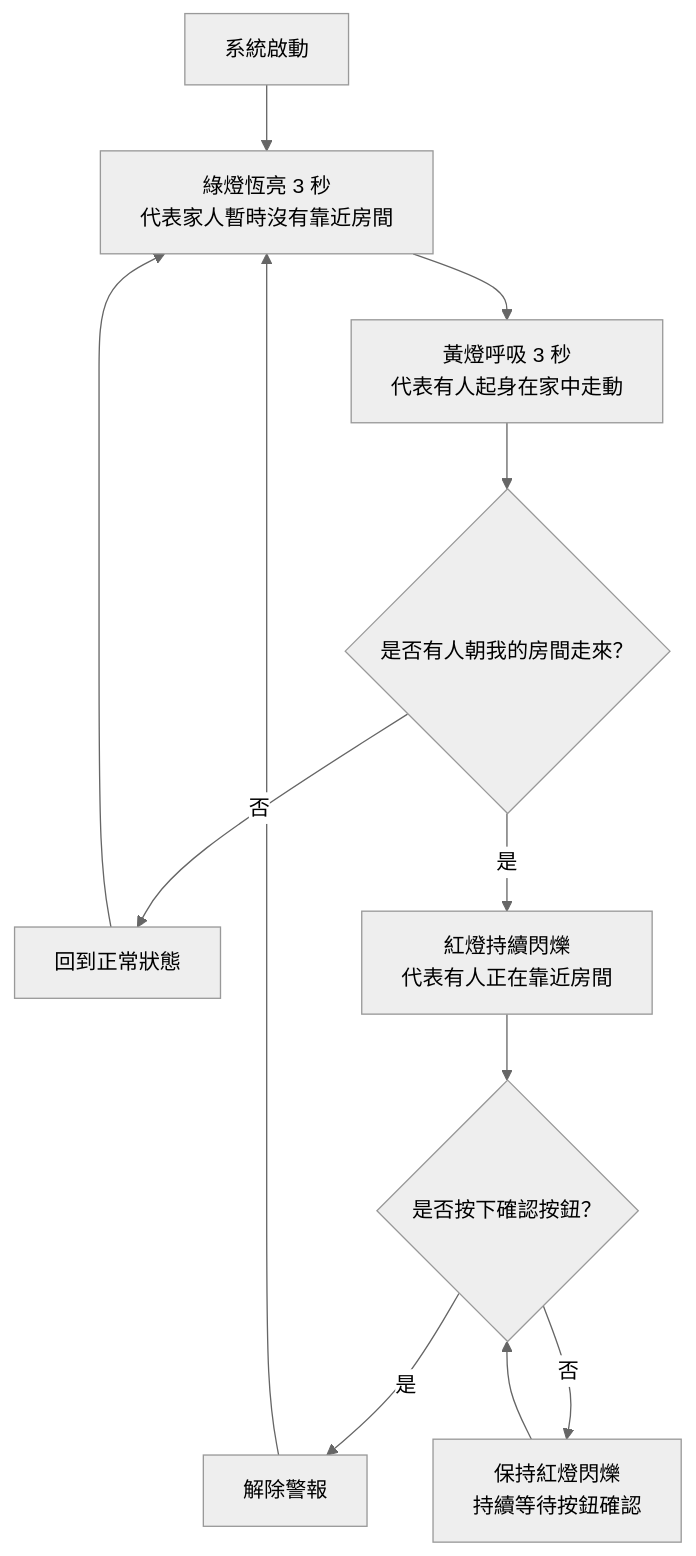
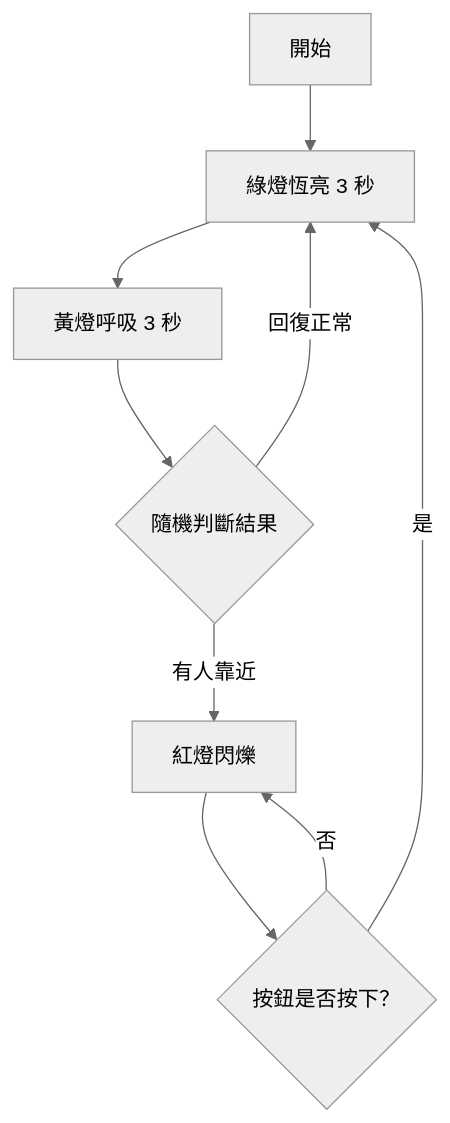
One commit to itsHao7916/STM32-LED-Smart-System-test changed the diagram in README.md. Above: the diagram before and after it, drawn with Mermaid (neutral theme).

````diff
--- a/README.md
+++ b/README.md
@@ -43,18 +43,13 @@
 ```mermaid
 flowchart TD
-    A[系統啟動] --> B[綠燈恆亮 3 秒<br/>代表家人暫時沒有靠近房間]
-    B --> C[黃燈呼吸 3 秒<br/>代表有人起身在家中走動]
-    C --> D{是否有人朝我的房間走來？}
+    A[開始] --> B[綠燈恆亮 3 秒]
+    B --> C[黃燈呼吸 3 秒]
+    C --> D{隨機判斷結果}
 
-    D -- 否 --> E[回到正常狀態]
-    E --> B
+    D -- 回復正常 --> B
+    D -- 有人靠近 --> E[紅燈閃爍]
 
-    D -- 是 --> F[紅燈持續閃爍<br/>代表有人正在靠近房間]
-    F --> G{是否按下確認按鈕？}
-
-    G -- 是 --> H[解除警報]
-    H --> B
-
-    G -- 否 --> I[保持紅燈閃爍<br/>持續等待按鈕確認]
-    I --> G
+    E --> F{按鈕是否按下？}
+    F -- 是 --> B
+    F -- 否 --> E
 ```
````
